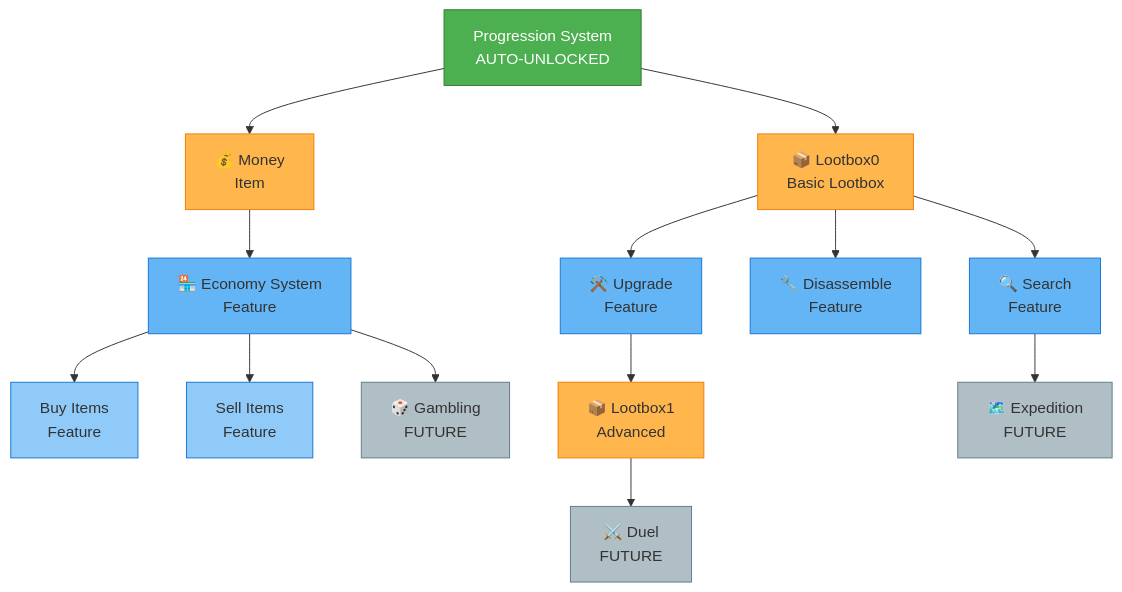
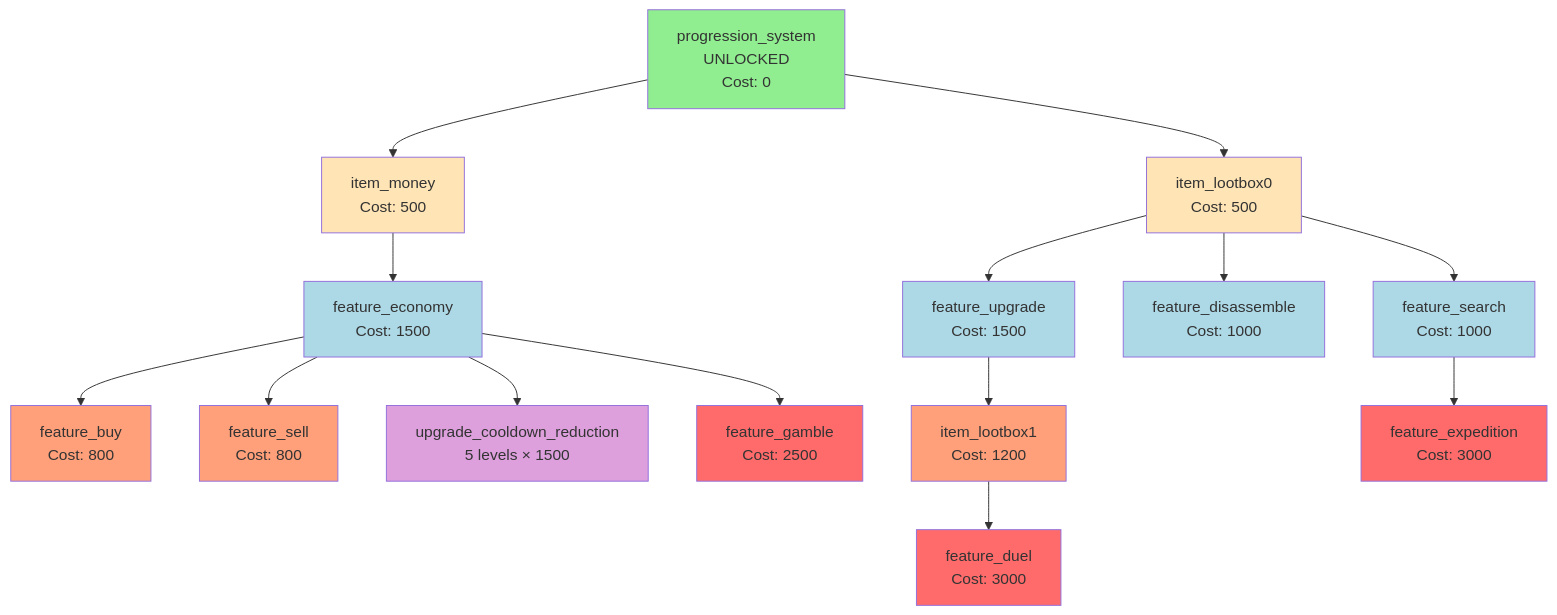
The diagram in docs/planning/PROGRESSION_TREE.md (osse101/BrandishBot_Go), drawn with Mermaid before and after one commit. The commit also changed other lines of this file and 2 other files, not shown here.

Commit message:
docs: Expand progression tree documentation with detailed planning, add API documentation, and create an admin guide.

````diff
--- a/docs/planning/PROGRESSION_TREE.md
+++ b/docs/planning/PROGRESSION_TREE.md
@@ -3,34 +118,37 @@
 ```mermaid
 graph TD
-    ROOT[Progression System<br/>AUTO-UNLOCKED]
+    ROOT[progression_system<br/>UNLOCKED<br/>Cost: 0]
     
-    ROOT --> MONEY[💰 Money<br/>Item]
-    ROOT --> LOOTBOX0[📦 Lootbox0<br/>Basic Lootbox]
+    ROOT --> MONEY[item_money<br/>Cost: 500]
+    ROOT --> LB0[item_lootbox0<br/>Cost: 500]
     
-    MONEY --> ECONOMY[🏪 Economy System<br/>Feature]
-    ECONOMY --> BUY[Buy Items<br/>Feature]
-    ECONOMY --> SELL[Sell Items<br/>Feature]
-    ECONOMY --> GAMBLE[🎲 Gambling<br/>FUTURE]
+    MONEY --> ECON[feature_economy<br/>Cost: 1500]
     
-    LOOTBOX0 --> UPGRADE[⚒️ Upgrade<br/>Feature]
-    LOOTBOX0 --> DISASSEMBLE[🔧 Disassemble<br/>Feature]
-    LOOTBOX0 --> SEARCH[🔍 Search<br/>Feature]
+    ECON --> BUY[feature_buy<br/>Cost: 800]
+    ECON --> SELL[feature_sell<br/>Cost: 800]
+    ECON --> CDR[upgrade_cooldown_reduction<br/>5 levels × 1500]
+    ECON --> GAMB[feature_gamble<br/>Cost: 2500]
     
-    UPGRADE --> LOOTBOX1[📦 Lootbox1<br/>Advanced]
-    LOOTBOX1 --> DUEL[⚔️ Duel<br/>FUTURE]
-    SEARCH --> EXPEDITION[🗺️ Expedition<br/>FUTURE]
+    LB0 --> UPG[feature_upgrade<br/>Cost: 1500]
+    LB0 --> DIS[feature_disassemble<br/>Cost: 1000]
+    LB0 --> SRCH[feature_search<br/>Cost: 1000]
     
-    style ROOT fill:#4CAF50,stroke:#2E7D32,color:#fff
-    style MONEY fill:#FFB74D,stroke:#F57C00
-    style LOOTBOX0 fill:#FFB74D,stroke:#F57C00
-    style ECONOMY fill:#64B5F6,stroke:#1976D2
-    style BUY fill:#90CAF9,stroke:#1976D2
-    style SELL fill:#90CAF9,stroke:#1976D2
-    style UPGRADE fill:#64B5F6,stroke:#1976D2
-    style DISASSEMBLE fill:#64B5F6,stroke:#1976D2
-    style SEARCH fill:#64B5F6,stroke:#1976D2
-    style LOOTBOX1 fill:#FFB74D,stroke:#F57C00
-    style GAMBLE fill:#B0BEC5,stroke:#607D8B
-    style DUEL fill:#B0BEC5,stroke:#607D8B
-    style EXPEDITION fill:#B0BEC5,stroke:#607D8B
+    UPG --> LB1[item_lootbox1<br/>Cost: 1200]
+    LB1 --> DUEL[feature_duel<br/>Cost: 3000]
+    SRCH --> EXP[feature_expedition<br/>Cost: 3000]
+    
+    style ROOT fill:#90EE90
+    style MONEY fill:#FFE4B5
+    style LB0 fill:#FFE4B5
+    style ECON fill:#ADD8E6
+    style UPG fill:#ADD8E6
+    style DIS fill:#ADD8E6
+    style SRCH fill:#ADD8E6
+    style BUY fill:#FFA07A
+    style SELL fill:#FFA07A
+    style LB1 fill:#FFA07A
+    style GAMB fill:#FF6B6B
+    style DUEL fill:#FF6B6B
+    style EXP fill:#FF6B6B
+    style CDR fill:#DDA0DD
 ```
````
